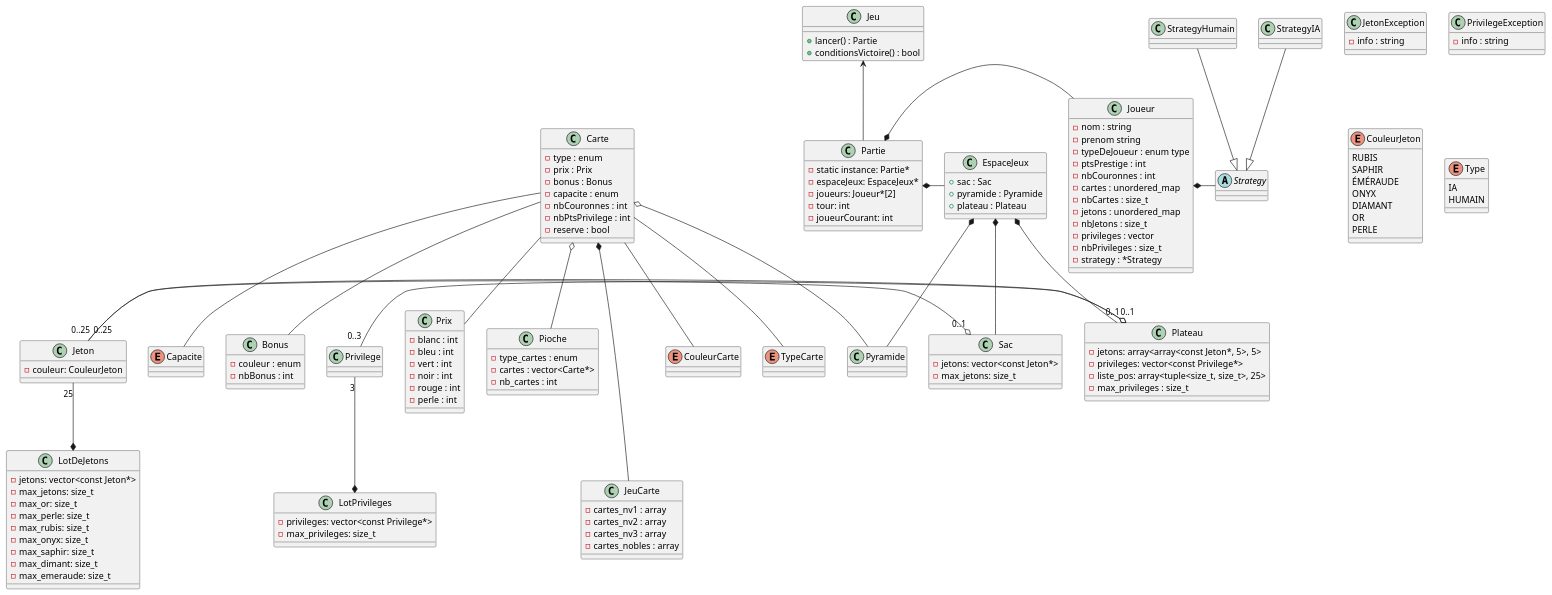
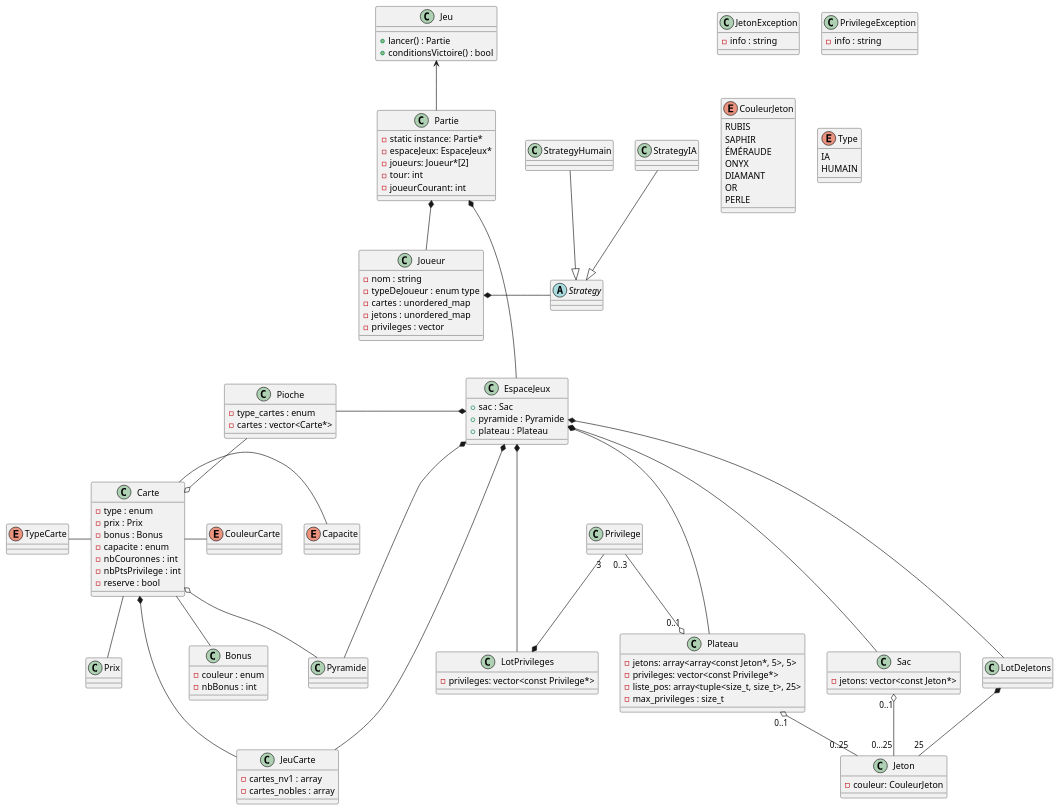
The diagram in uml/general/splendor.plantuml (theguega/OOP-Board-Game), drawn with PlantUML before and after one commit. The commit also changed 1 other file, not shown here.

```diff
--- a/uml/general/splendor.plantuml
+++ b/uml/general/splendor.plantuml
@@ -1,192 +1,161 @@
 @startuml splendor
 '    https://plantuml.com/class-diagram
-
-
-' Jetons
 
 class JetonException {
   - info : string
 }
 
 class PrivilegeException {
   - info : string
 }
 
 enum CouleurJeton {
   RUBIS
   SAPHIR
   ÉMÉRAUDE
   ONYX
   DIAMANT
   OR
   PERLE
 }
 
+
+
 class Jeton {
   - couleur: CouleurJeton
-}
-
-class LotDeJetons {
-  - jetons: vector<const Jeton*>
-  - max_jetons: size_t
-  - max_or: size_t
-  - max_perle: size_t
-  - max_rubis: size_t
-  - max_onyx: size_t
-  - max_saphir: size_t
-  - max_dimant: size_t
-  - max_emeraude: size_t
 }
 
 class Privilege {
 }
 
 class LotPrivileges {
   - privileges: vector<const Privilege*>
-  - max_privileges: size_t
 }
 
 class Sac {
   - jetons: vector<const Jeton*>
-  - max_jetons: size_t
 }
 
 class Plateau {
   - jetons: array<array<const Jeton*, 5>, 5>
   - privileges: vector<const Privilege*>
   - liste_pos: array<tuple<size_t, size_t>, 25>
   - max_privileges : size_t
 }
 
-Jeton "25" --* LotDeJetons
-Jeton "0..25" -o "0..1" Sac
-
+LotDeJetons *--"25" Jeton
+Sac "0..1" o-- "0...25" Jeton
 Privilege "3" --* LotPrivileges
-
-Jeton "0..25" -o "0..1" Plateau
+Plateau "0..1" o- "0..25" Jeton
 Privilege "0..3" -o "0..1" Plateau
 
 ' Cartes
 
 enum CouleurCarte
 
 enum TypeCarte
 
 enum Capacite
 
 class Carte{
     - type : enum
     - prix : Prix
     - bonus : Bonus
     - capacite : enum
     - nbCouronnes : int
     - nbPtsPrivilege : int
     - reserve : bool
 }
 
 class Bonus{
     - couleur : enum
     - nbBonus : int
 }
 
 class Prix{
-    - blanc : int
-    - bleu : int
-    - vert : int
-    - noir : int
-    - rouge : int
-    - perle : int
+
 }
 
 class Pioche {
     - type_cartes : enum
     - cartes : vector<Carte*>
-    - nb_cartes : int
 }
 
 class JeuCarte {
     - cartes_nv1 : array
-    - cartes_nv2 : array
-    - cartes_nv3 : array
     - cartes_nobles : array
 }
 
 class Pyramide {
 }
 
 Carte *--- JeuCarte
 Carte o-- Pyramide
-Carte o-- Pioche
+Pioche --o Carte
 Carte -- Bonus
 Carte -- Prix
-Carte -- CouleurCarte
-Carte -- TypeCarte
-Carte -- Capacite
+Carte - CouleurCarte
+TypeCarte - Carte
+Carte - Capacite
 
 ' Joueur
 
 class Joueur {
     - nom : string
-    - prenom string
     - typeDeJoueur : enum type
-    - ptsPrestige : int
-    - nbCouronnes : int
     - cartes : unordered_map
-    - nbCartes : size_t
     - jetons : unordered_map
-    - nbJetons : size_t
     - privileges : vector
-    - nbPrivileges : size_t
-    - strategy : *Strategy
 }
 
 abstract Strategy {
 }
 
 class StrategyHumain
 class StrategyIA
 
 Joueur *- Strategy
-
-
 StrategyHumain --|> Strategy
 StrategyIA --|> Strategy
-
 enum Type {
-IA
-HUMAIN
+    IA
+    HUMAIN
 }
 
 ' Partie
 
 class Partie {
-  - static instance: Partie*
-  - espaceJeux: EspaceJeux*
-  - joueurs: Joueur*[2]
-  - tour: int
-  - joueurCourant: int
+    - static instance: Partie*
+    - espaceJeux: EspaceJeux*
+    - joueurs: Joueur*[2]
+    - tour: int
+    - joueurCourant: int
 }
 
-' Others 
+' Others
 
 class EspaceJeux {
     + sac : Sac
     + pyramide : Pyramide
     + plateau : Plateau
 }
 
 class Jeu {
     + lancer() : Partie
     + conditionsVictoire() : bool
 }
 
-Partie *- EspaceJeux
-Partie *- Joueur
+Partie *--- EspaceJeux
+Partie *-- Joueur
 
-EspaceJeux *-- Sac
-EspaceJeux *-- Pyramide
-EspaceJeux *-- Plateau
+EspaceJeux *--- Sac
+EspaceJeux *--- Pyramide
+EspaceJeux *--- Plateau
+EspaceJeux *--- LotDeJetons
+EspaceJeux *--- LotPrivileges
+EspaceJeux *-- JeuCarte
+Pioche -* EspaceJeux
 
 Jeu <-- Partie
 
 @enduml
```
